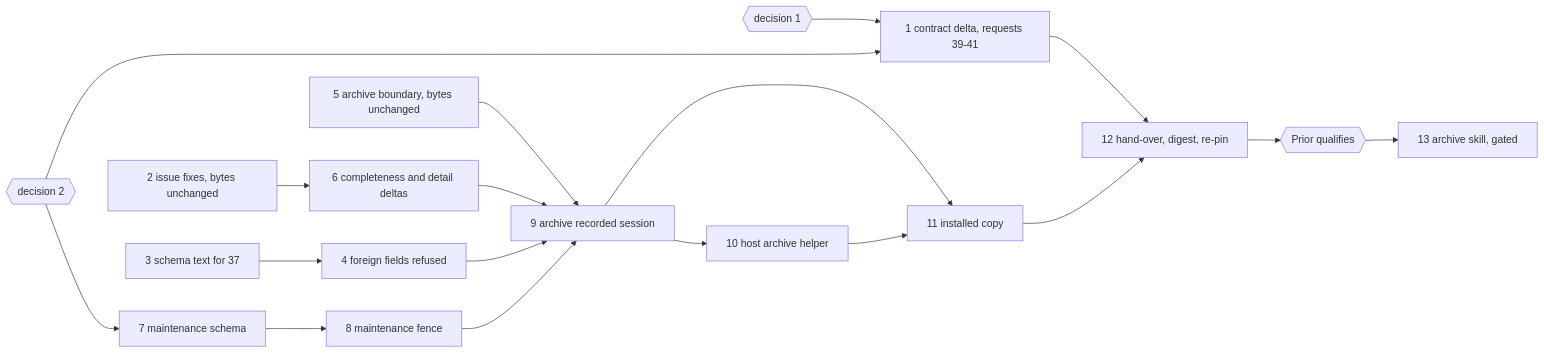
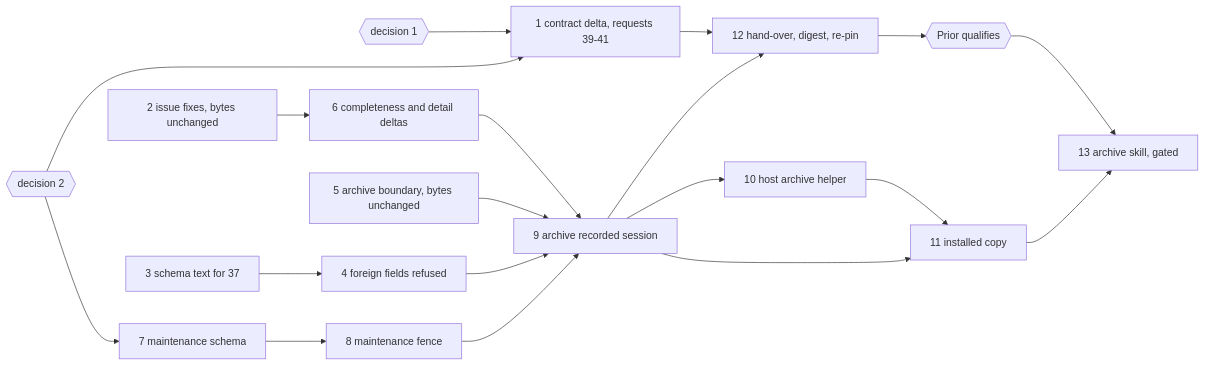
Before and after one commit to tenzoki/fusion: the second of 2 diagrams in fusion-workbench/work-packages/260928-1338-json-control-data-and-markdown-artefacts/plans/261001-1030_o_plan-the-archive-revision-archive-leaves-json-control-and-json-archival-follows-its-qualification.md, drawn with Mermaid. The commit also changed other lines of this file and 3 other files, not shown here.

````diff
--- a/fusion-workbench/work-packages/260928-1338-json-control-data-and-markdown-artefacts/plans/261001-1030_o_plan-the-archive-revision-archive-leaves-json-control-and-json-archival-follows-its-qualification.md
+++ b/fusion-workbench/work-packages/260928-1338-json-control-data-and-markdown-artefacts/plans/261001-1030_o_plan-the-archive-revision-archive-leaves-json-control-and-json-archival-follows-its-qualification.md
@@ -66,20 +69,21 @@
 ```mermaid
 flowchart LR
   D1{{decision 1}} --> S1
   D2{{decision 2}} --> S1
   D2 --> S7
   S1[1 contract delta, requests 39-41] --> S12
   S2[2 issue fixes, bytes unchanged] --> S6
   S3[3 schema text for 37] --> S4[4 foreign fields refused]
   S5[5 archive boundary, bytes unchanged] --> S9
   S6[6 completeness and detail deltas] --> S9
   S7[7 maintenance schema] --> S8[8 maintenance fence]
   S4 --> S9[9 archive recorded session]
   S8 --> S9
+  S9 --> S12[12 hand-over, digest, re-pin]
+  S12 --> Q{{Prior qualifies}}
   S9 --> S10[10 host archive helper]
   S9 --> S11
   S10 --> S11[11 installed copy]
-  S11 --> S12[12 hand-over, digest, re-pin]
-  S12 --> Q{{Prior qualifies}}
+  S11 --> S13
   Q --> S13[13 archive skill, gated]
 ```
````
